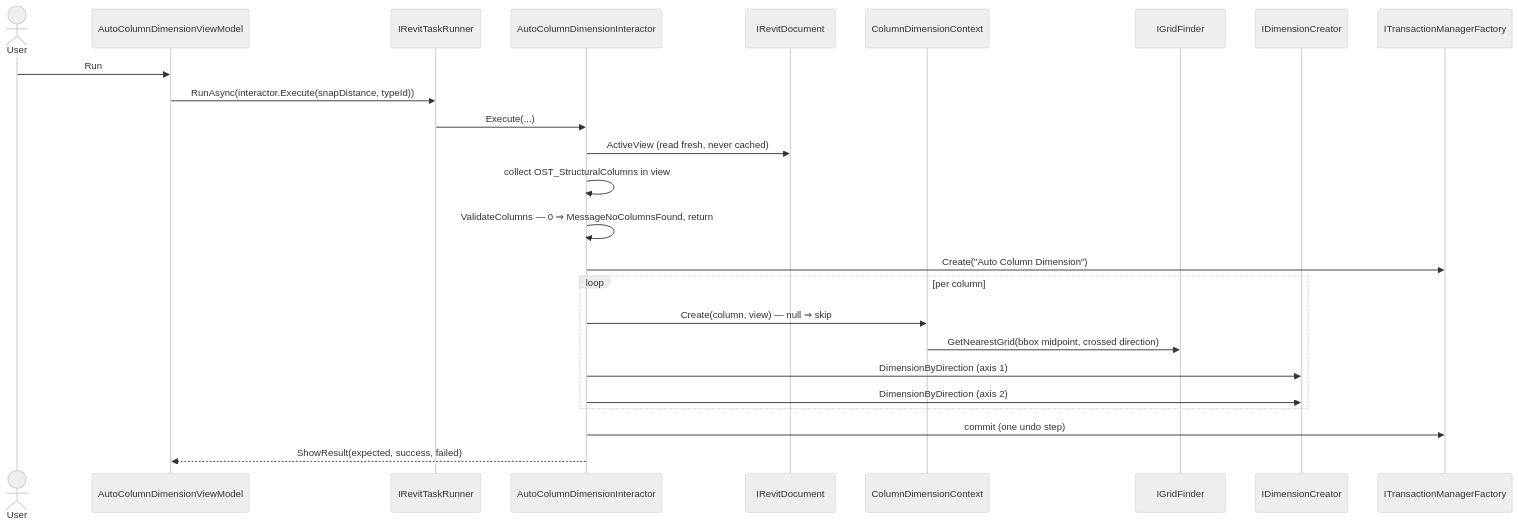
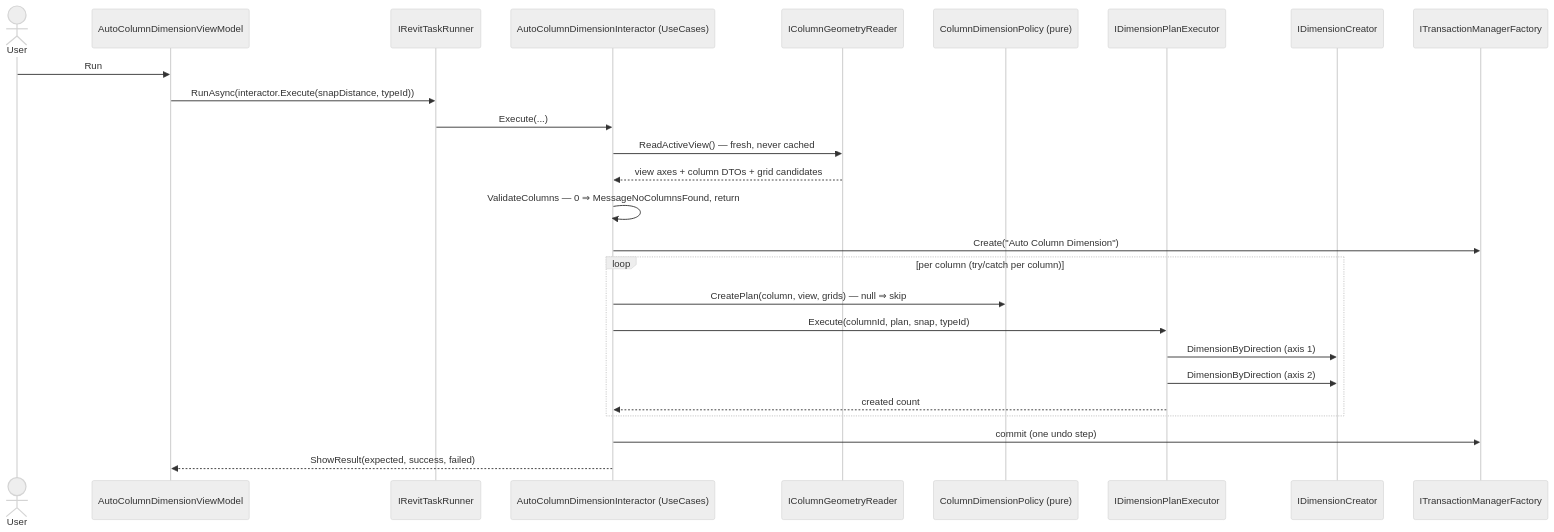
Before and after one commit to PhanCongVuDuc/Sonny: the first of 2 diagrams in docs/features/AutoColumnDimension.md, drawn with Mermaid (neutral theme). The commit also changed other lines of this file and 51 other files, not shown here.

First line of the commit message:
Docs: sync feature docs, command-flow, CLAUDE.md and ADR 0001 after the layer refactor

````diff
--- a/docs/features/AutoColumnDimension.md
+++ b/docs/features/AutoColumnDimension.md
@@ -56,28 +62,29 @@
 ```mermaid
 sequenceDiagram
     actor User
     participant VM as AutoColumnDimensionViewModel
     participant Runner as IRevitTaskRunner
-    participant Inter as AutoColumnDimensionInteractor
-    participant Doc as IRevitDocument
-    participant Ctx as ColumnDimensionContext
-    participant Grid as IGridFinder
+    participant Inter as AutoColumnDimensionInteractor (UseCases)
+    participant Reader as IColumnGeometryReader
+    participant Policy as ColumnDimensionPolicy (pure)
+    participant Exec as IDimensionPlanExecutor
     participant Creator as IDimensionCreator
     participant Tx as ITransactionManagerFactory
 
     User->>VM: Run
     VM->>Runner: RunAsync(interactor.Execute(snapDistance, typeId))
     Runner->>Inter: Execute(...)
-    Inter->>Doc: ActiveView (read fresh, never cached)
-    Inter->>Inter: collect OST_StructuralColumns in view
+    Inter->>Reader: ReadActiveView() — fresh, never cached
+    Reader-->>Inter: view axes + column DTOs + grid candidates
     Inter->>Inter: ValidateColumns — 0 ⇒ MessageNoColumnsFound, return
     Inter->>Tx: Create("Auto Column Dimension")
-    loop per column
-        Inter->>Ctx: Create(column, view) — null ⇒ skip
-        Ctx->>Grid: GetNearestGrid(bbox midpoint, crossed direction)
-        Inter->>Creator: DimensionByDirection (axis 1)
-        Inter->>Creator: DimensionByDirection (axis 2)
+    loop per column (try/catch per column)
+        Inter->>Policy: CreatePlan(column, view, grids) — null ⇒ skip
+        Inter->>Exec: Execute(columnId, plan, snap, typeId)
+        Exec->>Creator: DimensionByDirection (axis 1)
+        Exec->>Creator: DimensionByDirection (axis 2)
+        Exec-->>Inter: created count
     end
     Inter->>Tx: commit (one undo step)
     Inter-->>VM: ShowResult(expected, success, failed)
 ```
````
